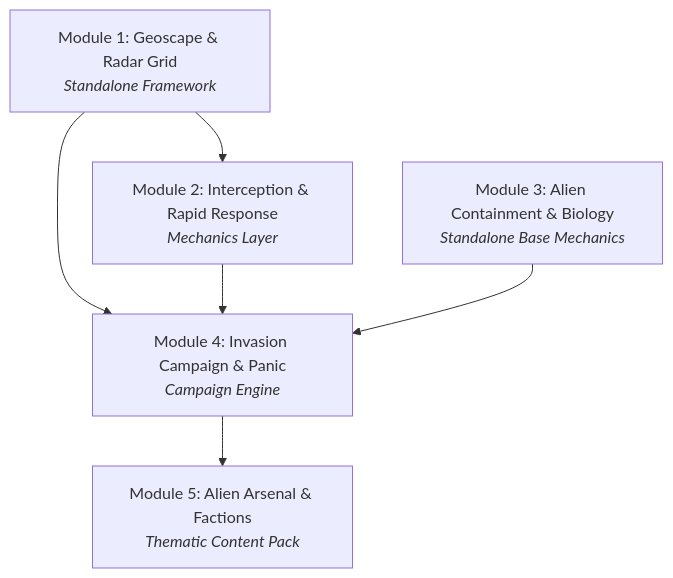
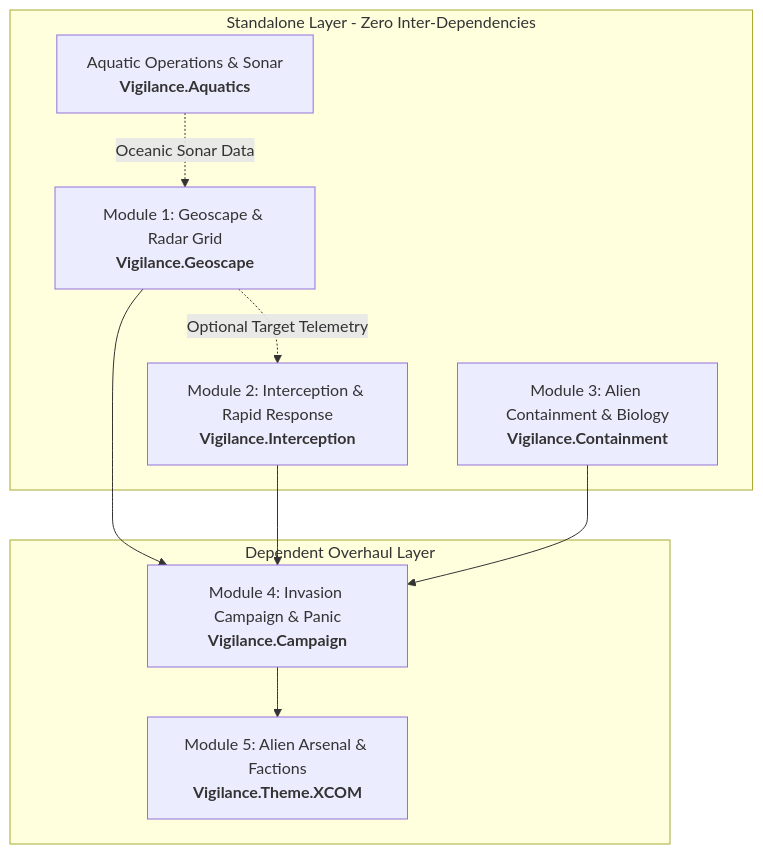
One commit to CTOUT/Project-Vigilance changed the diagram in docs/architecture/modular-system.md. Above: the diagram before and after it, drawn with Mermaid. The commit also changed other lines of this file and 4 other files, not shown here.

Commit message:
docs: formalise Standalone vs Dependent modular classification and engineering rules

````diff
--- a/docs/architecture/modular-system.md
+++ b/docs/architecture/modular-system.md
@@ -13,8 +56,21 @@
 ```mermaid
 graph TD
-    M1[Module 1: Geoscape & Radar Grid<br><i>Standalone Framework</i>] --> M2[Module 2: Interception & Rapid Response<br><i>Mechanics Layer</i>]
-    M1 --> M4[Module 4: Invasion Campaign & Panic<br><i>Campaign Engine</i>]
+    subgraph Standalone Frameworks [Standalone Layer - Zero Inter-Dependencies]
+        M1[Module 1: Geoscape & Radar Grid<br><b>Vigilance.Geoscape</b>]
+        M2[Module 2: Interception & Rapid Response<br><b>Vigilance.Interception</b>]
+        M3[Module 3: Alien Containment & Biology<br><b>Vigilance.Containment</b>]
+        AQ[Aquatic Operations & Sonar<br><b>Vigilance.Aquatics</b>]
+    end
+
+    subgraph Campaign Layer [Dependent Overhaul Layer]
+        M4[Module 4: Invasion Campaign & Panic<br><b>Vigilance.Campaign</b>]
+        M5[Module 5: Alien Arsenal & Factions<br><b>Vigilance.Theme.XCOM</b>]
+    end
+
+    M1 -.->|Optional Target Telemetry| M2
+    M1 --> M4
     M2 --> M4
-    M3[Module 3: Alien Containment & Biology<br><i>Standalone Base Mechanics</i>] --> M4
-    M4 --> M5[Module 5: Alien Arsenal & Factions<br><i>Thematic Content Pack</i>]
+    M3 --> M4
+    AQ -.->|Oceanic Sonar Data| M1
+    M4 --> M5
 ```
````
